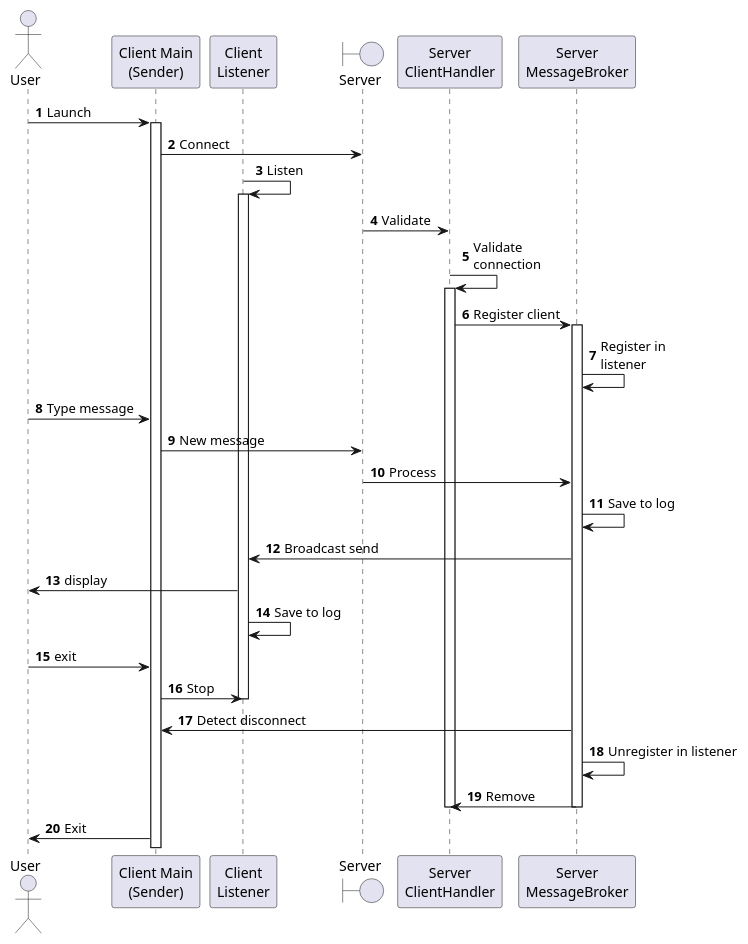
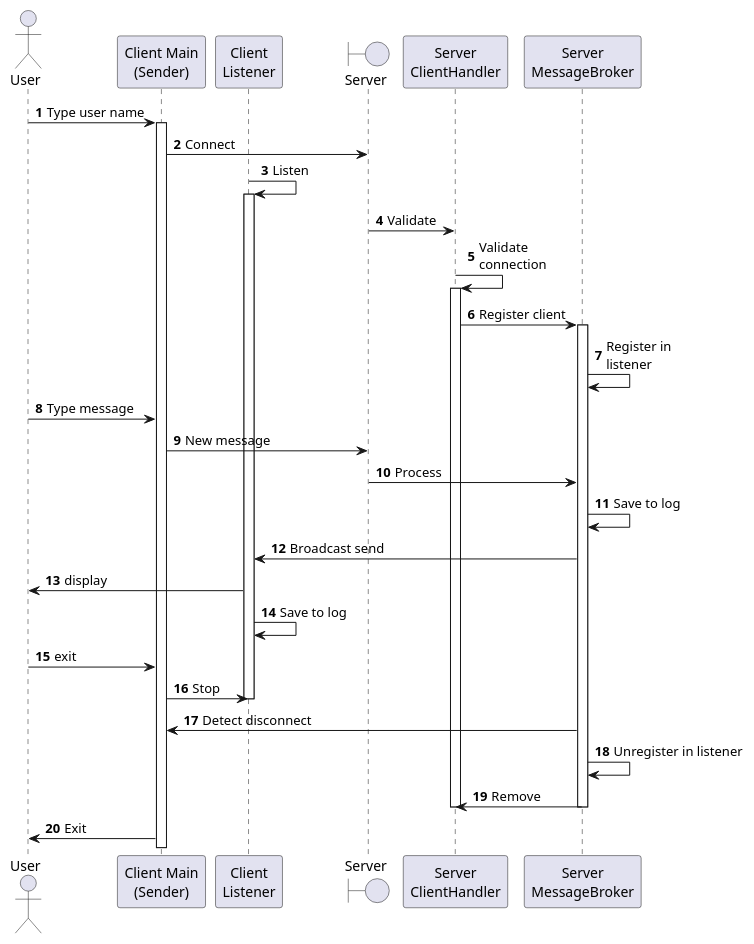
Before and after one commit to humgate/n-chat: the diagram in BaseSequence.puml, drawn with PlantUML. The commit also changed 1 other file, not shown here.

Commit message:
-добавлена картинка для диаграммы последовательности для базового варианта

```diff
--- a/BaseSequence.puml
+++ b/BaseSequence.puml
@@ -1,40 +1,40 @@
 @startuml
 'https://plantuml.com/sequence-diagram
 actor User
 participant clientSender as "Client Main\n(Sender)"
 participant clientListener as "Client\nListener"
 boundary Server
 participant clientHandler as "Server\nClientHandler"
 participant messageBroker as "Server\nMessageBroker"
 
 autonumber
 
 autonumber
-User -> clientSender: Launch
+User -> clientSender: Type user name
 activate clientSender
 clientSender -> Server: Connect
 clientListener -> clientListener: Listen
 activate clientListener
 Server -> clientHandler: Validate
 clientHandler -> clientHandler: Validate\nconnection
 activate clientHandler
 clientHandler -> messageBroker: Register client
 activate messageBroker
 messageBroker -> messageBroker: Register in\nlistener
 User -> clientSender: Type message
 clientSender -> Server: New message
 Server -> messageBroker: Process
 messageBroker -> messageBroker: Save to log
 messageBroker -> clientListener: Broadcast send
 clientListener -> User: display
 clientListener -> clientListener: Save to log
 User -> clientSender: exit
 clientSender ->clientListener: Stop
 deactivate clientListener
 messageBroker -> clientSender: Detect disconnect
 messageBroker -> messageBroker: Unregister in listener
 messageBroker -> clientHandler: Remove
 deactivate messageBroker
 deactivate clientHandler
 clientSender -> User: Exit
 @enduml
```
